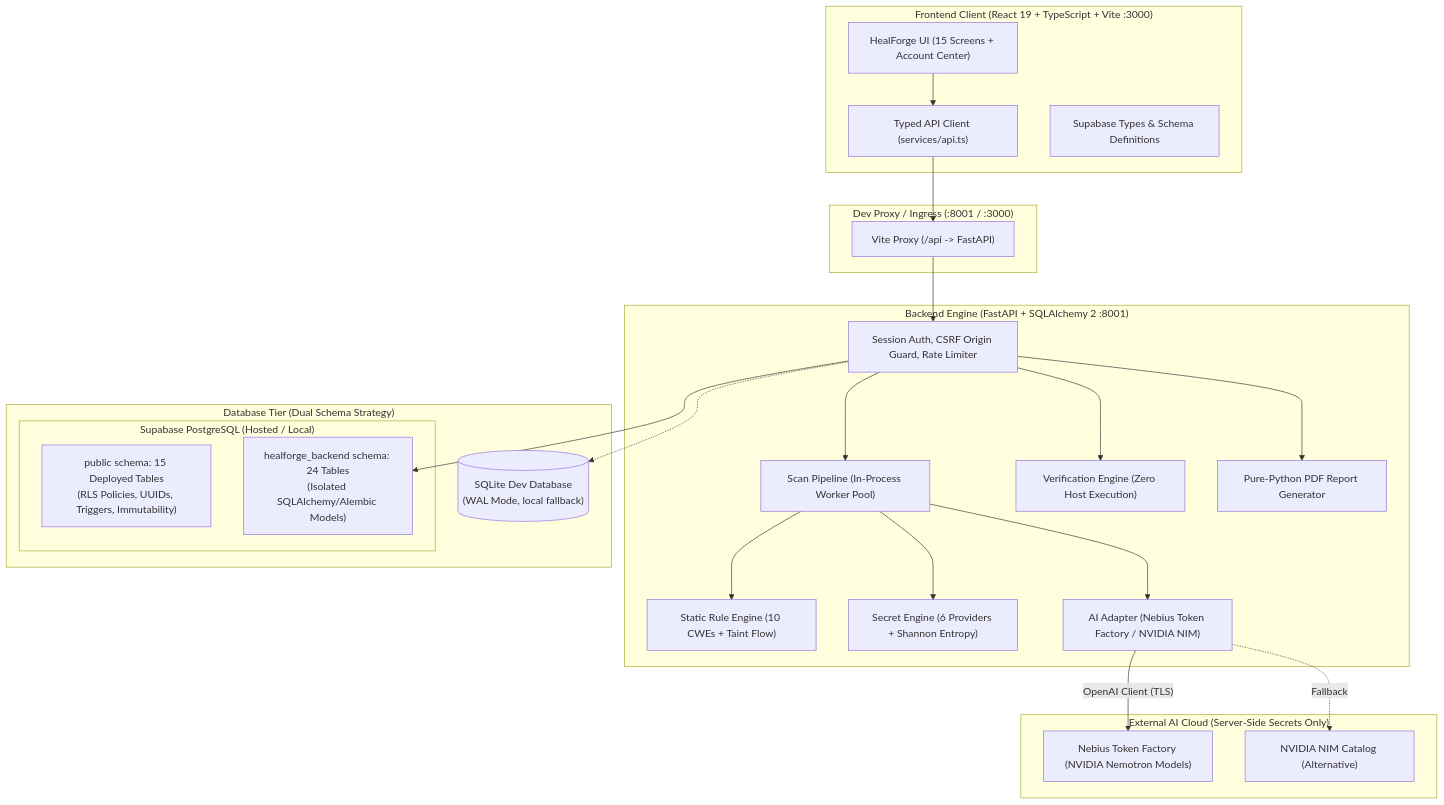
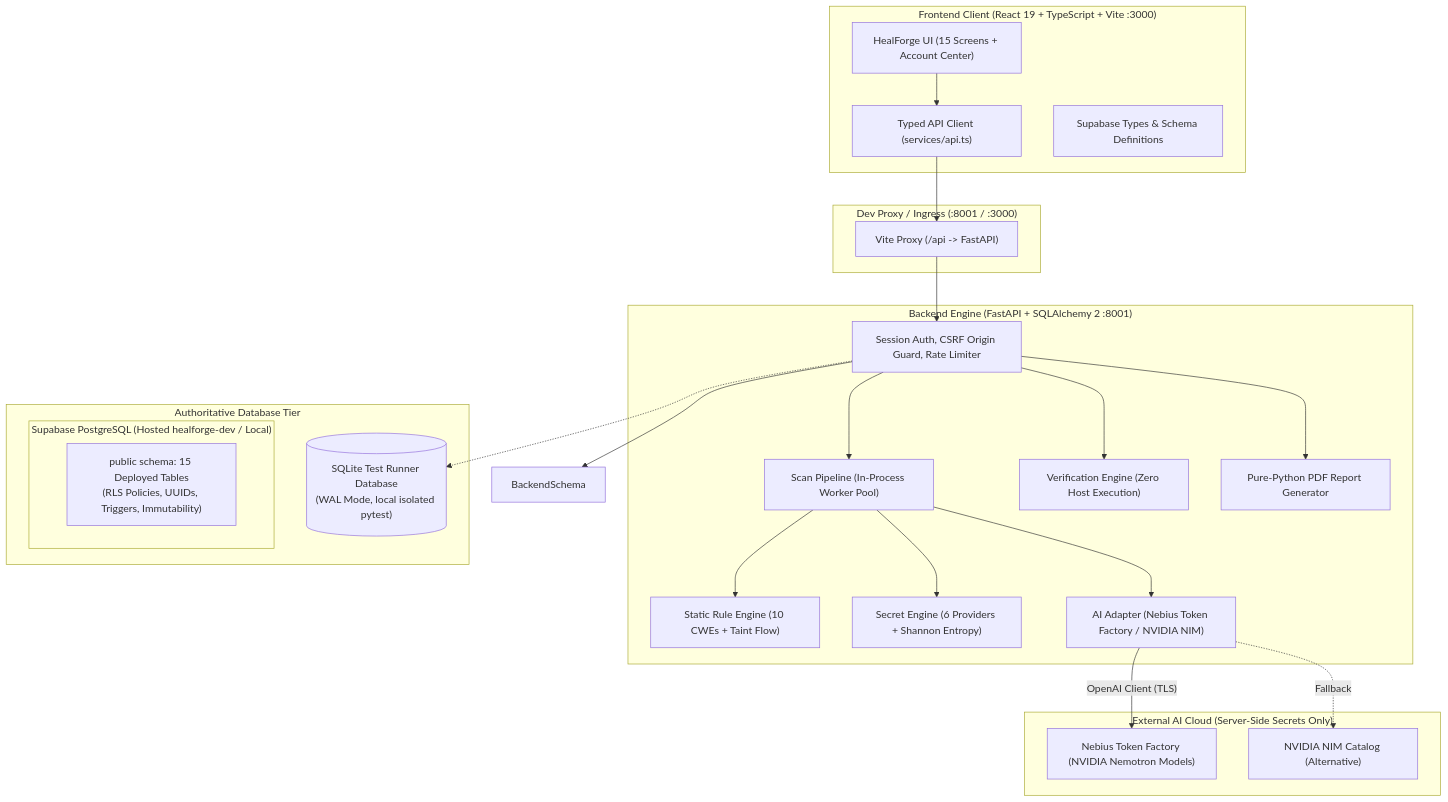
The first of 2 diagrams in README.md (Snowyarn/healforge), drawn with Mermaid before and after one commit. The commit also changed other lines of this file and 18 other files, not shown here.

First line of the commit message:
feat(supabase): adapt backend to authoritative Supabase schema and enforce migration safety

````diff
--- a/README.md
+++ b/README.md
@@ -9,51 +9,50 @@
 ```mermaid
 flowchart TD
     subgraph Frontend["Frontend Client (React 19 + TypeScript + Vite :3000)"]
         UI["HealForge UI (15 Screens + Account Center)"]
         ApiClient["Typed API Client (services/api.ts)"]
         SupaTypes["Supabase Types & Schema Definitions"]
     end
 
     subgraph Gateway["Dev Proxy / Ingress (:8001 / :3000)"]
         ViteProxy["Vite Proxy (/api -> FastAPI)"]
     end
 
     subgraph Backend["Backend Engine (FastAPI + SQLAlchemy 2 :8001)"]
         SecLayer["Session Auth, CSRF Origin Guard, Rate Limiter"]
         ScanPipeline["Scan Pipeline (In-Process Worker Pool)"]
         StaticEngine["Static Rule Engine (10 CWEs + Taint Flow)"]
         SecretEngine["Secret Engine (6 Providers + Shannon Entropy)"]
         AiAdapter["AI Adapter (Nebius Token Factory / NVIDIA NIM)"]
         VerifEngine["Verification Engine (Zero Host Execution)"]
         PDFGen["Pure-Python PDF Report Generator"]
     end
 
     subgraph AICloud["External AI Cloud (Server-Side Secrets Only)"]
         Nebius["Nebius Token Factory (NVIDIA Nemotron Models)"]
         NvidiaNIM["NVIDIA NIM Catalog (Alternative)"]
     end
 
-    subgraph Database["Database Tier (Dual Schema Strategy)"]
-        subgraph SupabaseDB["Supabase PostgreSQL (Hosted / Local)"]
+    subgraph Database["Authoritative Database Tier"]
+        subgraph SupabaseDB["Supabase PostgreSQL (Hosted healforge-dev / Local)"]
             PublicSchema["public schema: 15 Deployed Tables<br>(RLS Policies, UUIDs, Triggers, Immutability)"]
-            BackendSchema["healforge_backend schema: 24 Tables<br>(Isolated SQLAlchemy/Alembic Models)"]
         end
-        LocalSQLite[("SQLite Dev Database<br>(WAL Mode, local fallback)")]
+        LocalSQLite[("SQLite Test Runner Database<br>(WAL Mode, local isolated pytest)")]
     end
 
     UI --> ApiClient
     ApiClient --> ViteProxy
     ViteProxy --> SecLayer
     SecLayer --> ScanPipeline
     ScanPipeline --> StaticEngine
     ScanPipeline --> SecretEngine
     ScanPipeline --> AiAdapter
     SecLayer --> VerifEngine
     SecLayer --> PDFGen
 
     AiAdapter -->|"OpenAI Client (TLS)"| Nebius
     AiAdapter -.->|"Fallback"| NvidiaNIM
 
     SecLayer --> BackendSchema
     SecLayer -.-> LocalSQLite
 ```
````
